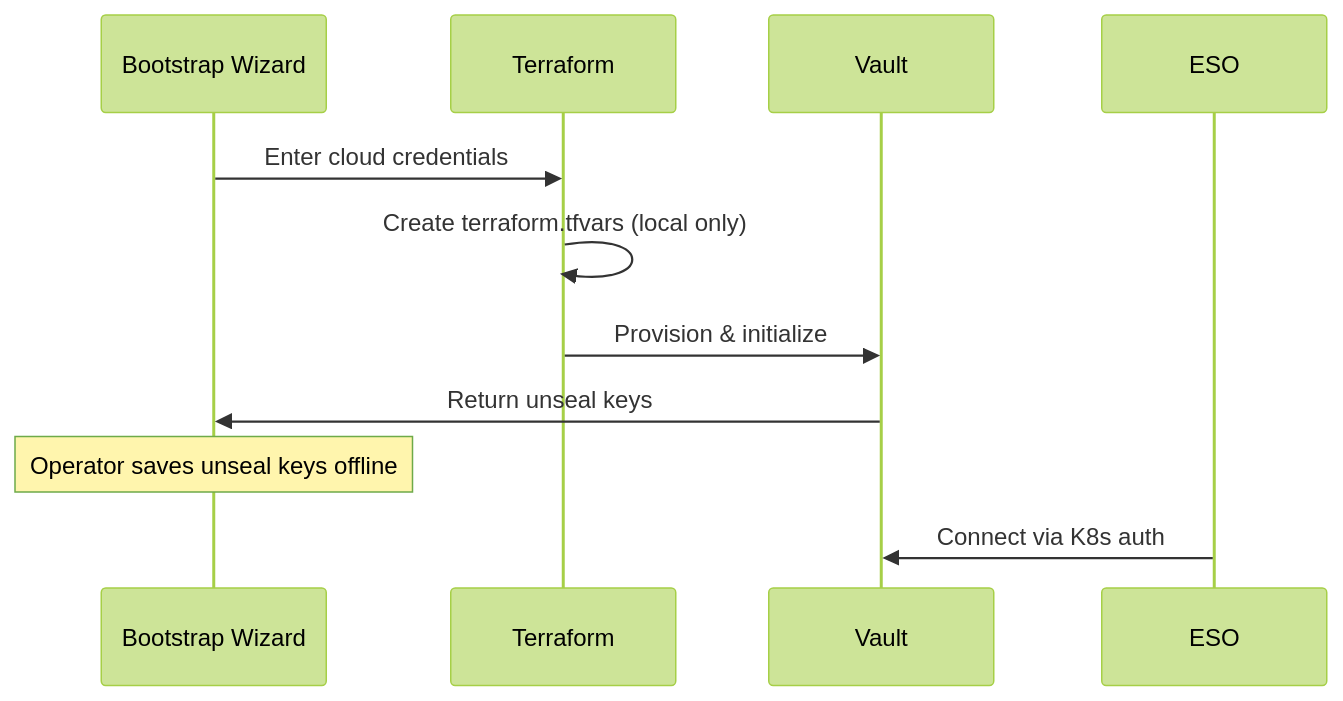
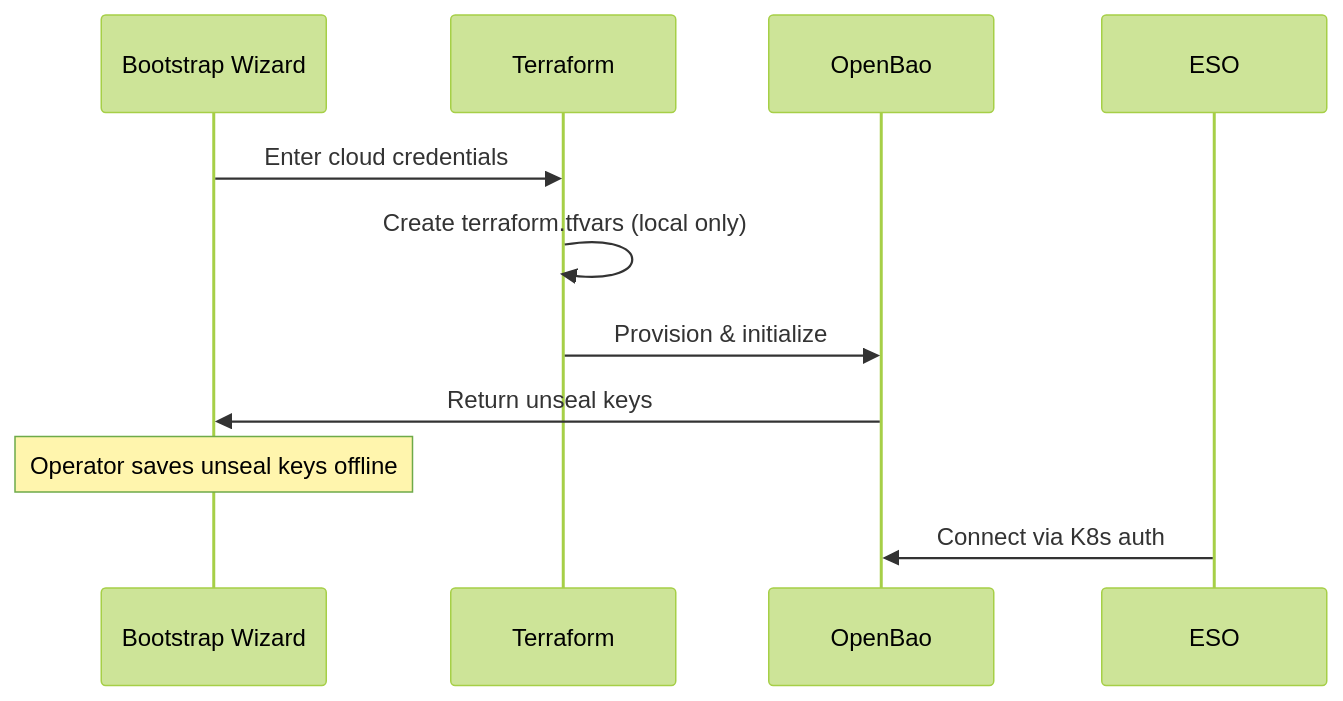
Before and after one commit to openova-io/openova: the second of 2 diagrams in platform/external-secrets/README.md, drawn with Mermaid (forest theme). The commit also changed other lines of this file and 35 other files, not shown here.

````diff
--- a/platform/external-secrets/README.md
+++ b/platform/external-secrets/README.md
@@ -64,14 +64,14 @@
 ```mermaid
 sequenceDiagram
     participant Wizard as Bootstrap Wizard
     participant TF as Terraform
-    participant Vault as Vault
+    participant OpenBao as OpenBao
     participant ESO as ESO
 
     Wizard->>TF: Enter cloud credentials
     TF->>TF: Create terraform.tfvars (local only)
-    TF->>Vault: Provision & initialize
-    Vault->>Wizard: Return unseal keys
+    TF->>OpenBao: Provision & initialize
+    OpenBao->>Wizard: Return unseal keys
     Note over Wizard: Operator saves unseal keys offline
-    ESO->>Vault: Connect via K8s auth
+    ESO->>OpenBao: Connect via K8s auth
 ```
````
